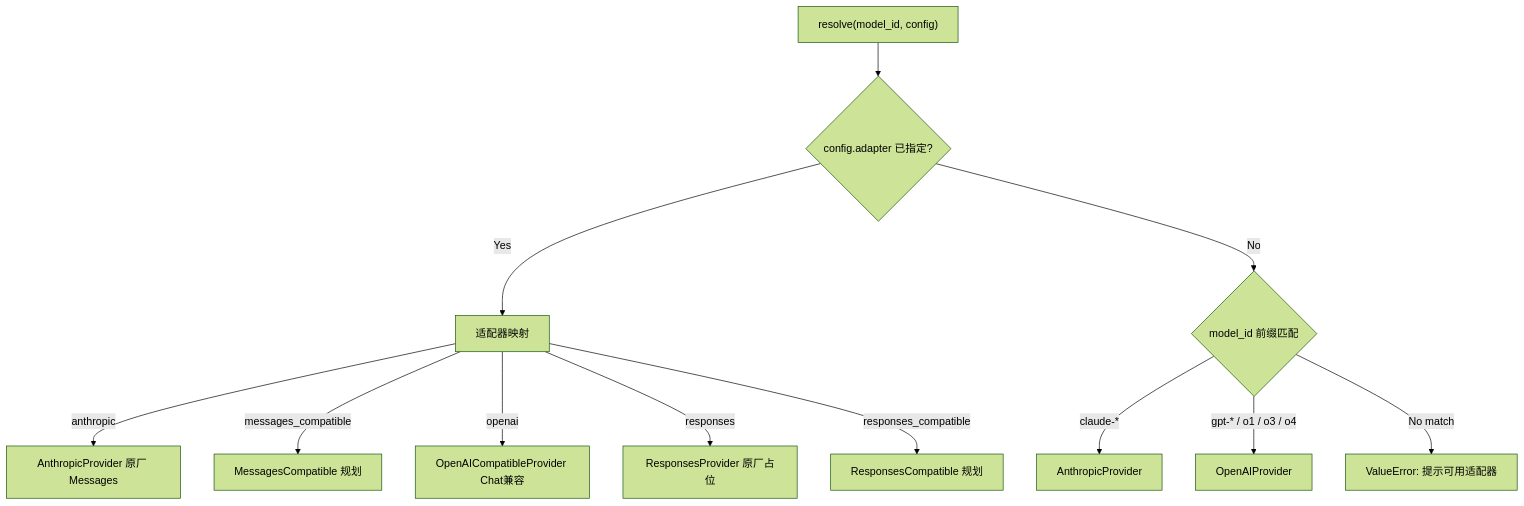
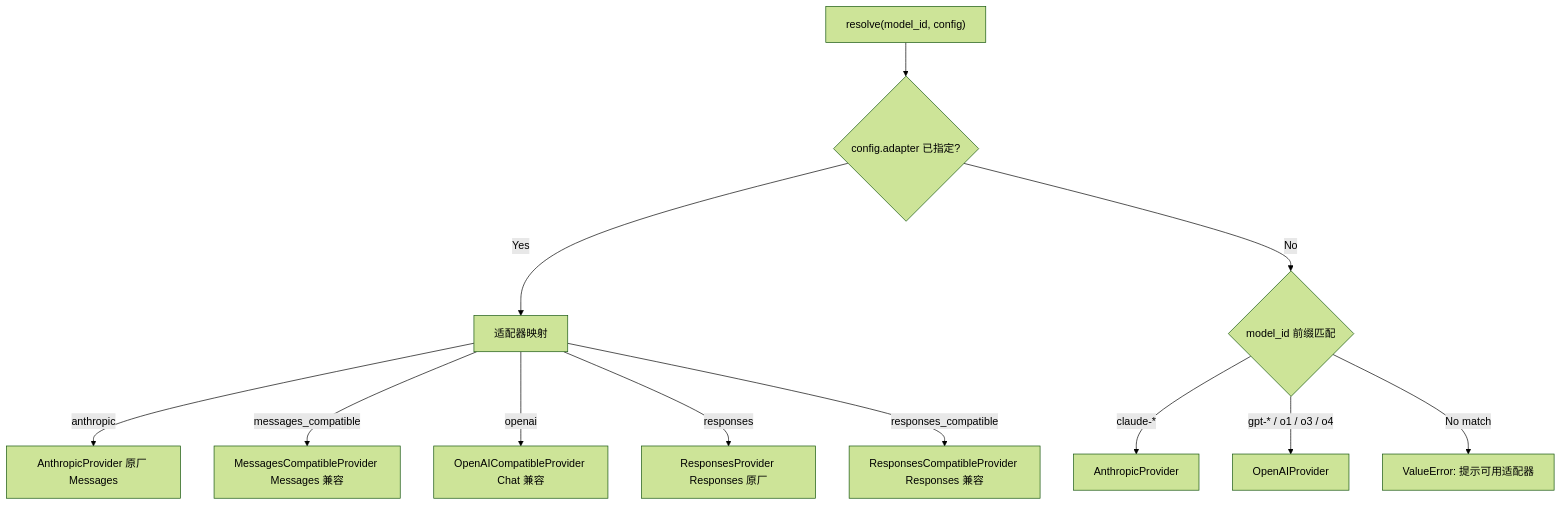
One commit to DawnOf1996/nono-agent changed the sixth of 6 diagrams in docs/NonoAgent-Architecture.md. Above: the diagram before and after it, drawn with Mermaid (forest theme). The commit also changed other lines of this file and 62 other files, not shown here.

````diff
--- a/docs/NonoAgent-Architecture.md
+++ b/docs/NonoAgent-Architecture.md
@@ -403,16 +409,16 @@
 ```mermaid
 graph TB
     Request["resolve(model_id, config)"] --> Check{config.adapter 已指定?}
 
     Check -->|Yes| AdapterMap[适配器映射]
     AdapterMap -->|anthropic| AP[AnthropicProvider 原厂 Messages]
-    AdapterMap -->|messages_compatible| MC[MessagesCompatible 规划]
-    AdapterMap -->|openai| OCP[OpenAICompatibleProvider Chat兼容]
-    AdapterMap -->|responses| RP[ResponsesProvider 原厂占位]
-    AdapterMap -->|responses_compatible| RC[ResponsesCompatible 规划]
+    AdapterMap -->|messages_compatible| MC[MessagesCompatibleProvider Messages 兼容]
+    AdapterMap -->|openai| OCP[OpenAICompatibleProvider Chat 兼容]
+    AdapterMap -->|responses| RP[ResponsesProvider Responses 原厂]
+    AdapterMap -->|responses_compatible| RC[ResponsesCompatibleProvider Responses 兼容]
 
     Check -->|No| PrefixMatch{model_id 前缀匹配}
     PrefixMatch -->|claude-*| AP2[AnthropicProvider]
     PrefixMatch -->|gpt-* / o1 / o3 / o4| OP[OpenAIProvider]
     PrefixMatch -->|No match| Error[ValueError: 提示可用适配器]
 ```
````
